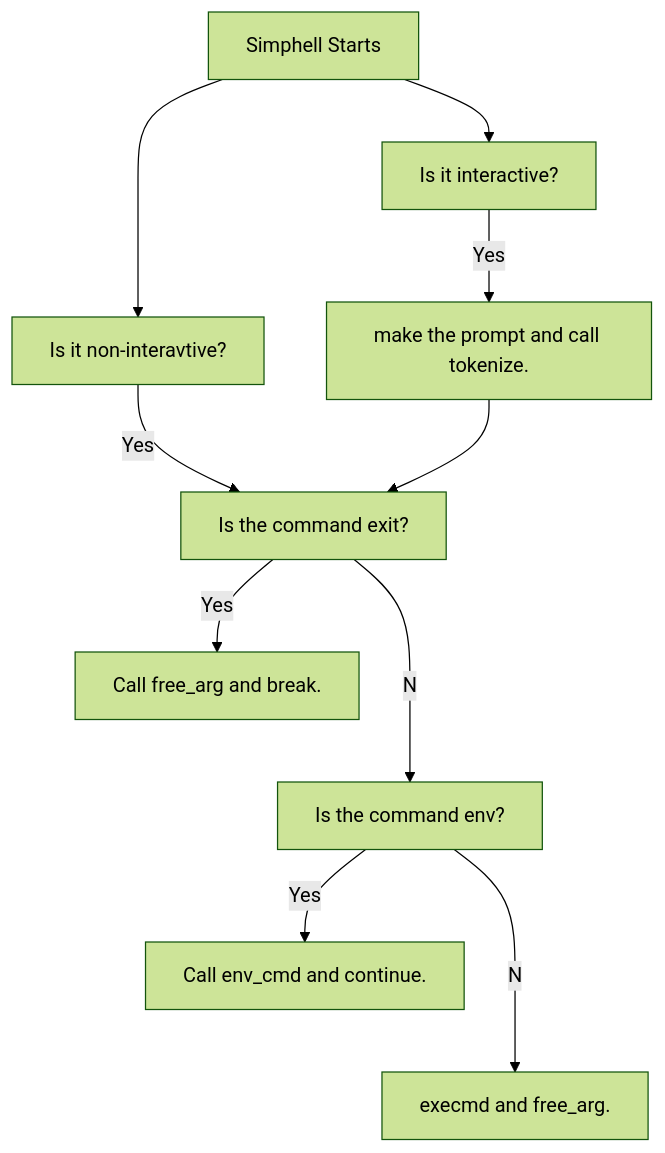
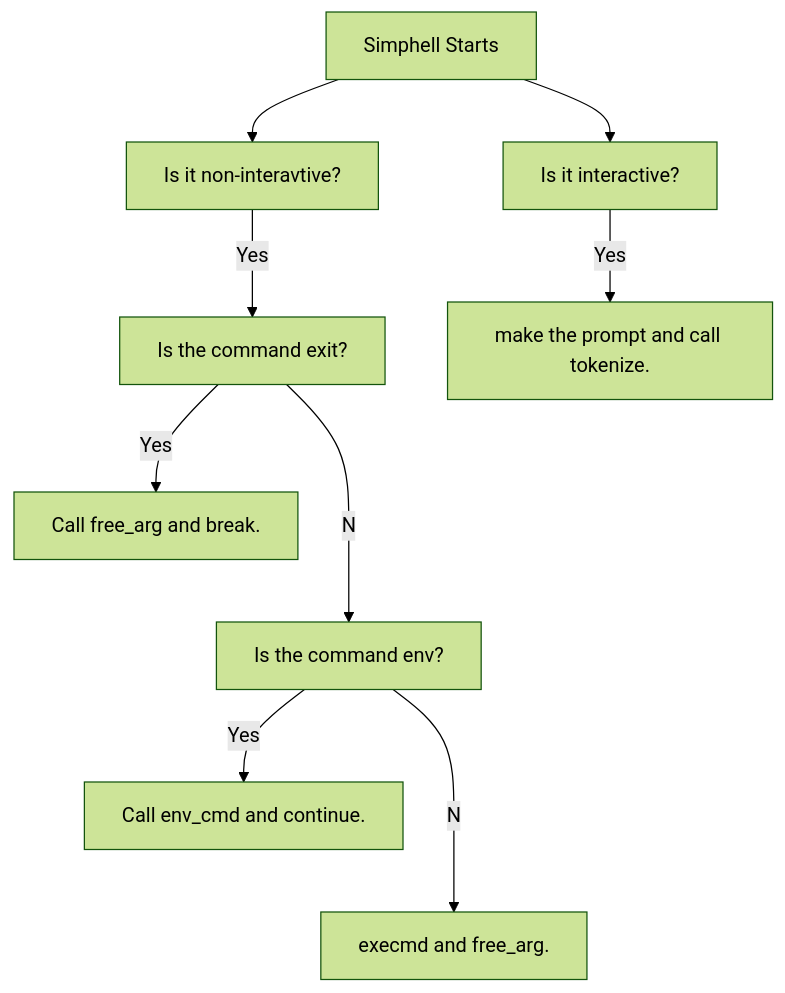
The diagram in README.md (LeeWest89/MySuperRepo), drawn with Mermaid (forest theme) before and after one commit.

````diff
--- a/README.md
+++ b/README.md
@@ -2,12 +2,11 @@
 ```mermaid
 flowchart TD;
   A[Simphell Starts]-->B[Is it interactive?];
   A-->C[Is it non-interavtive?];
   C--Yes-->D[Is the command exit?];
   D--Yes-->E[Call free_arg and break.];
   D--No-->F[Is the command env?];
   F--Yes-->G[Call env_cmd and continue.];
   F--No-->H[execmd and free_arg.];
   B--Yes-->J[make the prompt and call tokenize.];
-  J-->D
 ```
````
